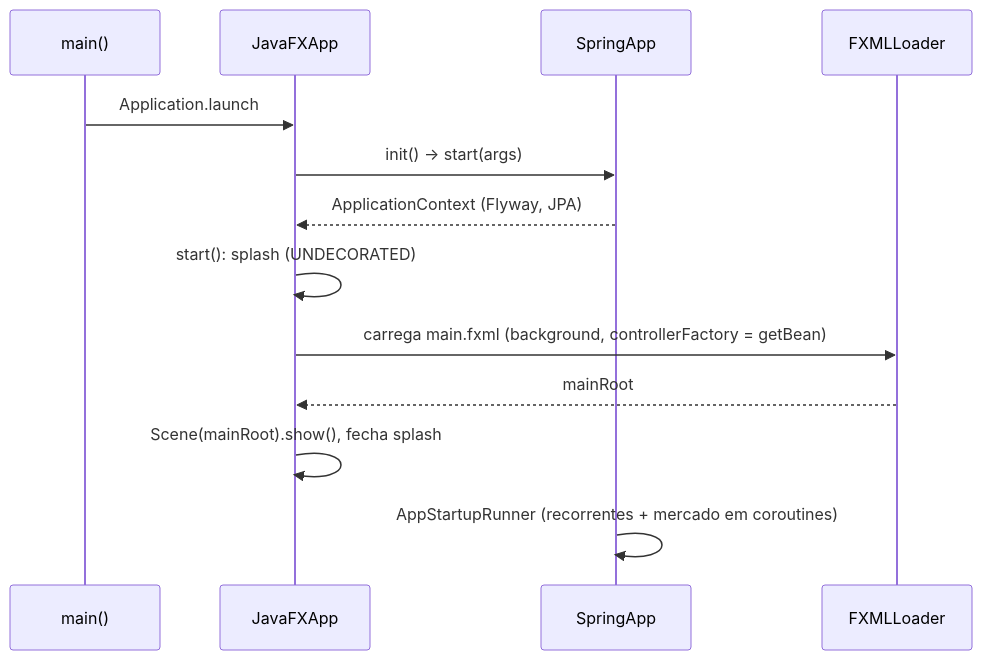
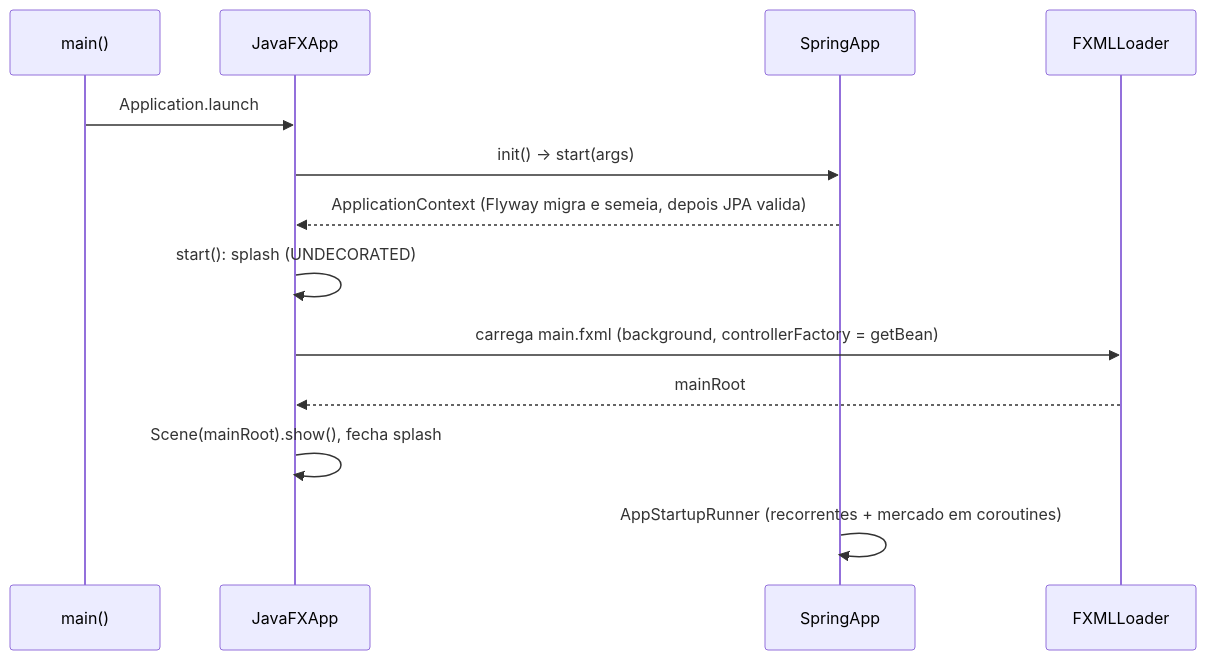
One commit to luk3rr/MOINEX changed the first of 2 diagrams in .aidlc/codekb/MOINEX/interactions.md. Above: the diagram before and after it, drawn with Mermaid. The commit also changed other lines of this file and 10 other files, not shown here.

````diff
--- a/.aidlc/codekb/MOINEX/interactions.md
+++ b/.aidlc/codekb/MOINEX/interactions.md
@@ -6,15 +6,15 @@
 ```mermaid
 sequenceDiagram
   participant M as main()
   participant J as JavaFXApp
   participant S as SpringApp
   participant FX as FXMLLoader
   M->>J: Application.launch
   J->>S: init() → start(args)
-  S-->>J: ApplicationContext (Flyway, JPA)
+  S-->>J: ApplicationContext (Flyway migra e semeia, depois JPA valida)
   J->>J: start(): splash (UNDECORATED)
   J->>FX: carrega main.fxml (background, controllerFactory = getBean)
   FX-->>J: mainRoot
   J->>J: Scene(mainRoot).show(), fecha splash
   S->>S: AppStartupRunner (recorrentes + mercado em coroutines)
 ```
````
